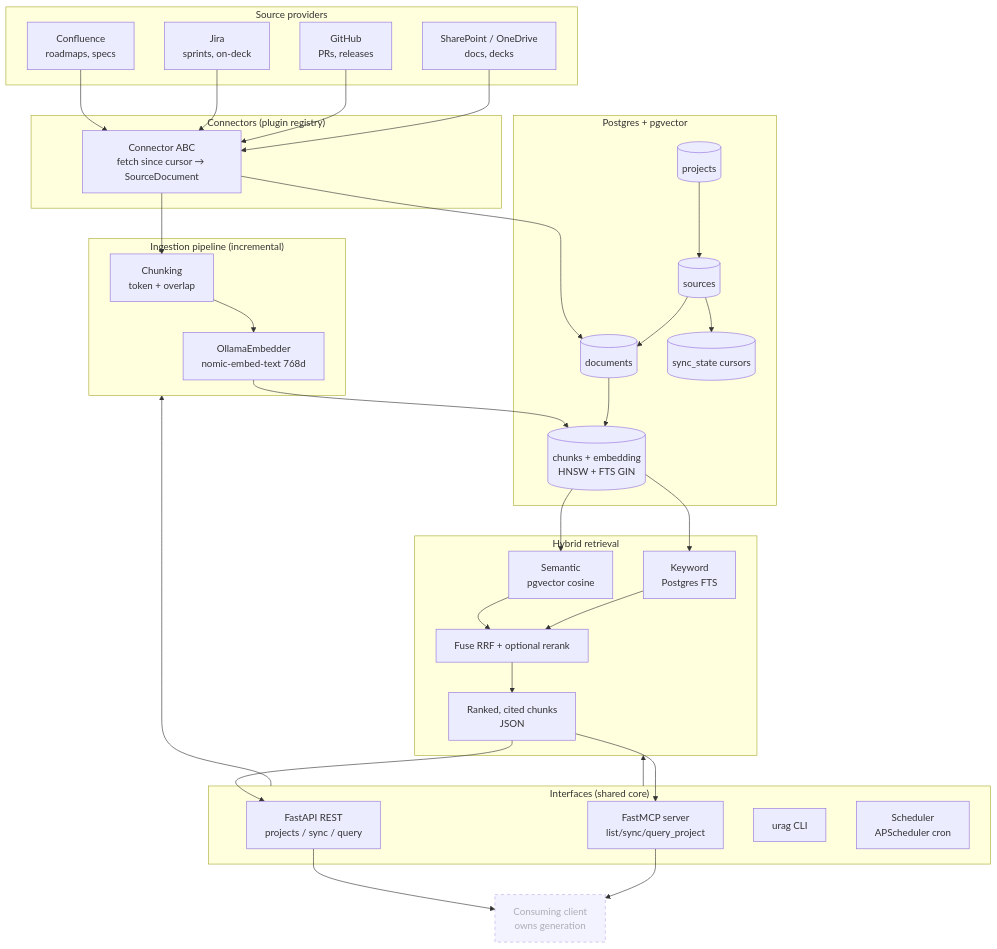
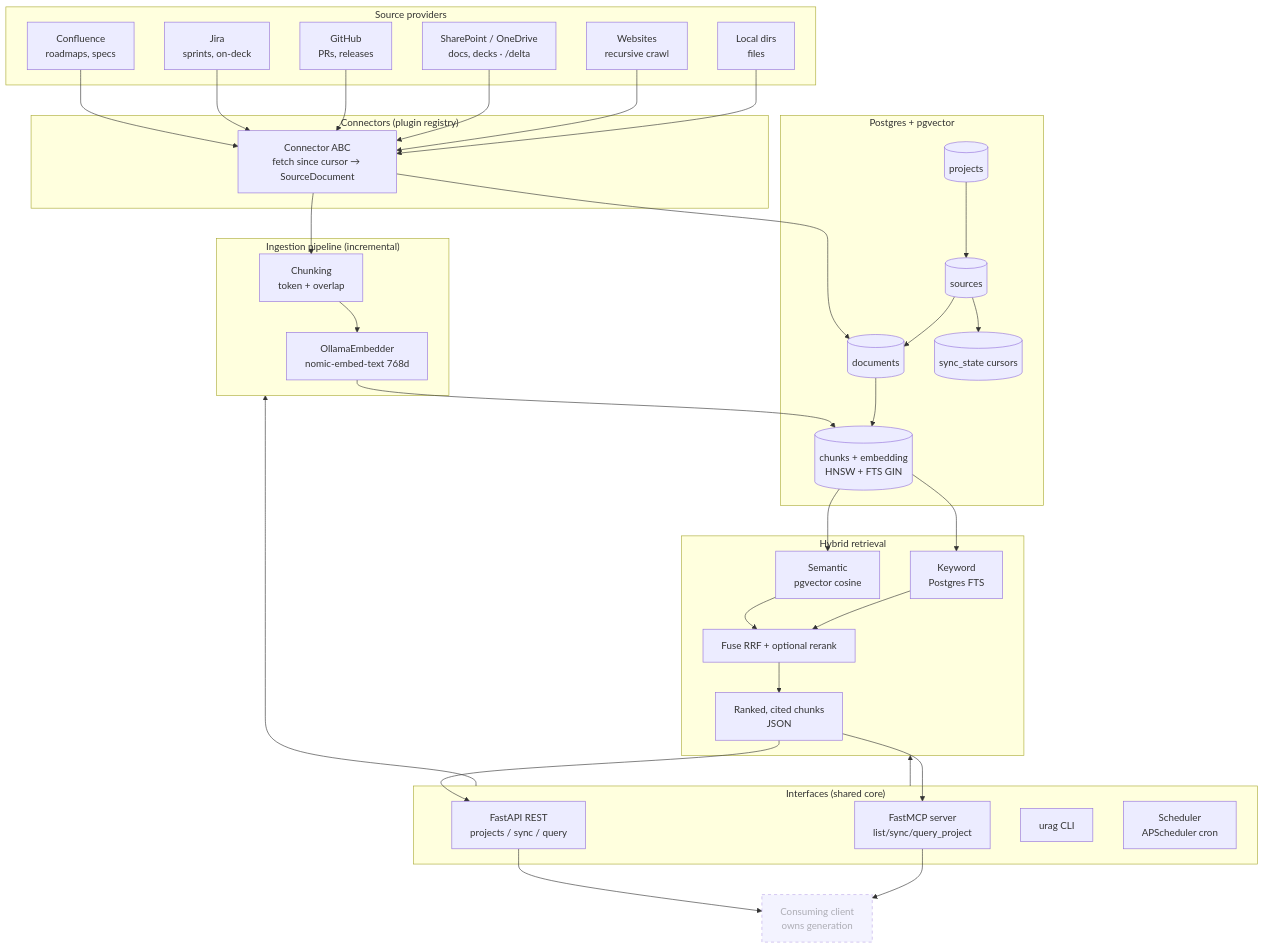
The first of 6 diagrams in docs/architecture.md (BlakeDanielFederal/universal-rag), drawn with Mermaid before and after one commit. The commit also changed other lines of this file and 1 other file, not shown here.

First line of the commit message:
docs: local + website connectors and SharePoint /delta

````diff
--- a/docs/architecture.md
+++ b/docs/architecture.md
@@ -11,56 +11,58 @@
 ```mermaid
 flowchart TD
     subgraph Sources["Source providers"]
         CONF[Confluence<br/>roadmaps, specs]
         JIRA[Jira<br/>sprints, on-deck]
         GH[GitHub<br/>PRs, releases]
-        SP[SharePoint / OneDrive<br/>docs, decks]
+        SP[SharePoint / OneDrive<br/>docs, decks · /delta]
+        WEB[Websites<br/>recursive crawl]
+        LOC[Local dirs<br/>files]
     end
 
     subgraph Connectors["Connectors (plugin registry)"]
         BASE[Connector ABC<br/>fetch since cursor → SourceDocument]
     end
 
     subgraph Ingest["Ingestion pipeline (incremental)"]
         CHUNK[Chunking<br/>token + overlap]
         EMB[OllamaEmbedder<br/>nomic-embed-text 768d]
     end
 
     subgraph Store["Postgres + pgvector"]
         PROJ[(projects)]
         SRC[(sources)]
         DOC[(documents)]
         CH[(chunks + embedding<br/>HNSW + FTS GIN)]
         SYNC[(sync_state cursors)]
     end
 
     subgraph Retrieval["Hybrid retrieval"]
         VEC[Semantic<br/>pgvector cosine]
         KW[Keyword<br/>Postgres FTS]
         RRF[Fuse RRF + optional rerank]
         HITS[Ranked, cited chunks<br/>JSON]
     end
 
     subgraph Interfaces["Interfaces (shared core)"]
         API[FastAPI REST<br/>projects / sync / query]
         MCP[FastMCP server<br/>list/sync/query_project]
         CLI[urag CLI]
         SCHED[Scheduler<br/>APScheduler cron]
     end
 
     CLIENT[Consuming client<br/>owns generation]:::future
 
-    CONF & JIRA & GH & SP --> BASE
+    CONF & JIRA & GH & SP & WEB & LOC --> BASE
     BASE --> CHUNK --> EMB --> CH
     BASE --> DOC
     PROJ --> SRC --> DOC --> CH
     SRC --> SYNC
 
     CH --> VEC & KW --> RRF --> HITS
 
     Interfaces --> Ingest
     Interfaces --> Retrieval
     HITS --> API & MCP --> CLIENT
 
     classDef future stroke-dasharray: 5 5,opacity:0.6;
 ```
````
